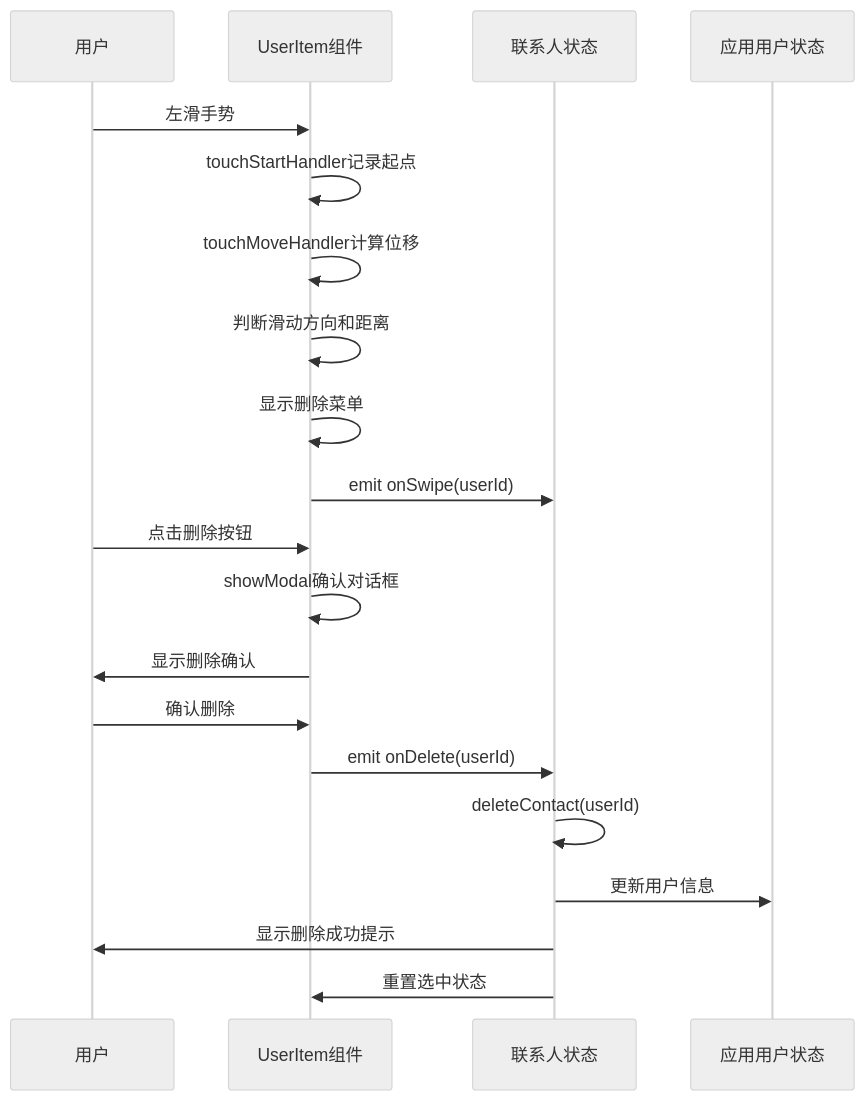
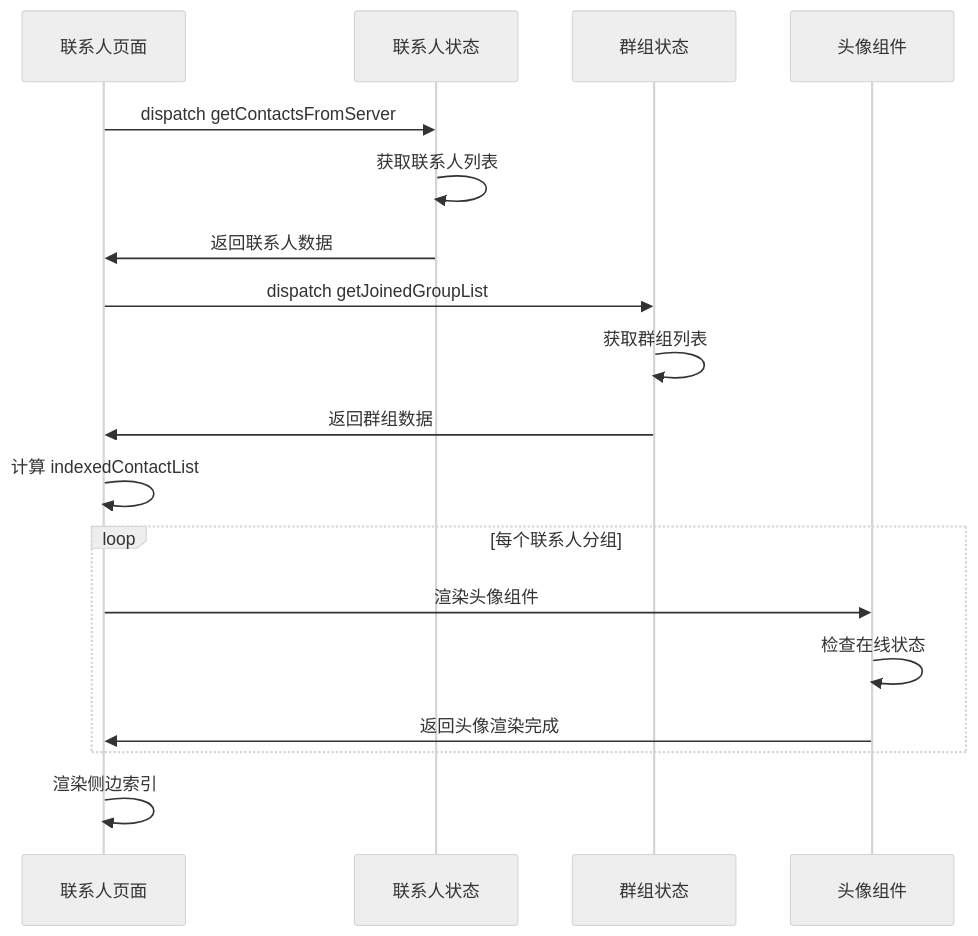
Before and after one commit to Easemob-Community/easemob-uikit-uniapp-community: the fourth of 7 diagrams in .qoder/repowiki/zh/content/Contacts Page.md, drawn with Mermaid (neutral theme). The commit also changed other lines of this file and 5 other files, not shown here.

Commit message:
fix: add conditional compilation for contacts page - use IndexedList for non-MP, inline render for MP

````diff
--- a/.qoder/repowiki/zh/content/Contacts Page.md
+++ b/.qoder/repowiki/zh/content/Contacts Page.md
@@ -215,22 +214,20 @@
 ```mermaid
 sequenceDiagram
-participant U as 用户
-participant UI as UserItem组件
+participant CP as 联系人页面
 participant CS as 联系人状态
-participant AS as 应用用户状态
-U->>UI : 左滑手势
-UI->>UI : touchStartHandler记录起点
-UI->>UI : touchMoveHandler计算位移
-UI->>UI : 判断滑动方向和距离
-UI->>UI : 显示删除菜单
-UI->>CS : emit onSwipe(userId)
-U->>UI : 点击删除按钮
-UI->>UI : showModal确认对话框
-UI->>U : 显示删除确认
-U->>UI : 确认删除
-UI->>CS : emit onDelete(userId)
-CS->>CS : deleteContact(userId)
-CS->>AS : 更新用户信息
-CS->>U : 显示删除成功提示
-CS->>UI : 重置选中状态
+participant GS as 群组状态
+participant AV as 头像组件
+CP->>CS : dispatch getContactsFromServer
+CS->>CS : 获取联系人列表
+CS->>CP : 返回联系人数据
+CP->>GS : dispatch getJoinedGroupList
+GS->>GS : 获取群组列表
+GS->>CP : 返回群组数据
+CP->>CP : 计算 indexedContactList
+loop 每个联系人分组
+CP->>AV : 渲染头像组件
+AV->>AV : 检查在线状态
+AV->>CP : 返回头像渲染完成
+end
+CP->>CP : 渲染侧边索引
 ```
````
